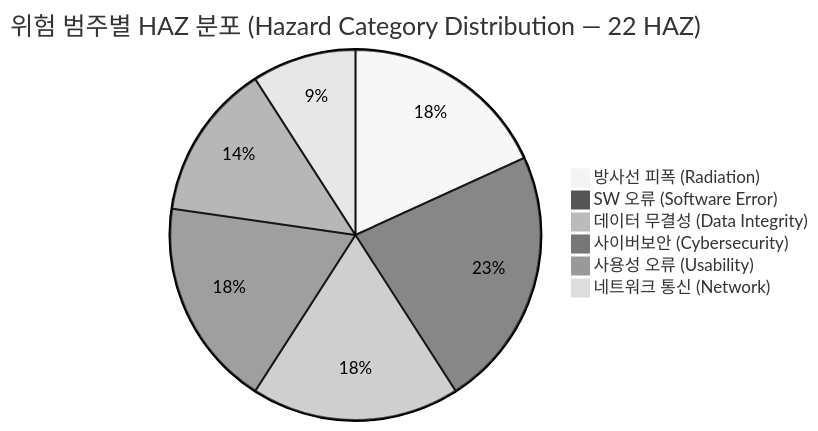
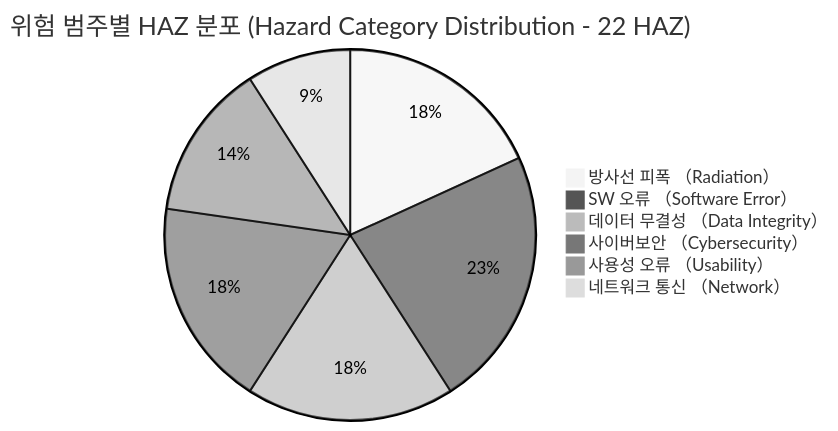
One commit to holee9/console-gui changed the third of 9 diagrams in docs/risk/DOC-010_RMR_v1.0.md. Above: the diagram before and after it, drawn with Mermaid (neutral theme). The commit also changed other lines of this file and 19 other files, not shown here.

First line of the commit message:
fix: quadrantChart/pie/timeline 등 비flowchart 차트 파싱 오류 전면 수정

````diff
--- a/docs/risk/DOC-010_RMR_v1.0.md
+++ b/docs/risk/DOC-010_RMR_v1.0.md
@@ -248,9 +248,9 @@
 ```mermaid
-pie title 위험 범주별 HAZ 분포 (Hazard Category Distribution — 22 HAZ)
-    "방사선 피폭 (Radiation)" : 4
-    "SW 오류 (Software Error)" : 5
-    "데이터 무결성 (Data Integrity)" : 4
-    "사이버보안 (Cybersecurity)" : 4
-    "사용성 오류 (Usability)" : 3
-    "네트워크 통신 (Network)" : 2
+pie title 위험 범주별 HAZ 분포 (Hazard Category Distribution - 22 HAZ)
+    "방사선 피폭 （Radiation）" : 4
+    "SW 오류 （Software Error）" : 5
+    "데이터 무결성 （Data Integrity）" : 4
+    "사이버보안 （Cybersecurity）" : 4
+    "사용성 오류 （Usability）" : 3
+    "네트워크 통신 （Network）" : 2
 ```
````
